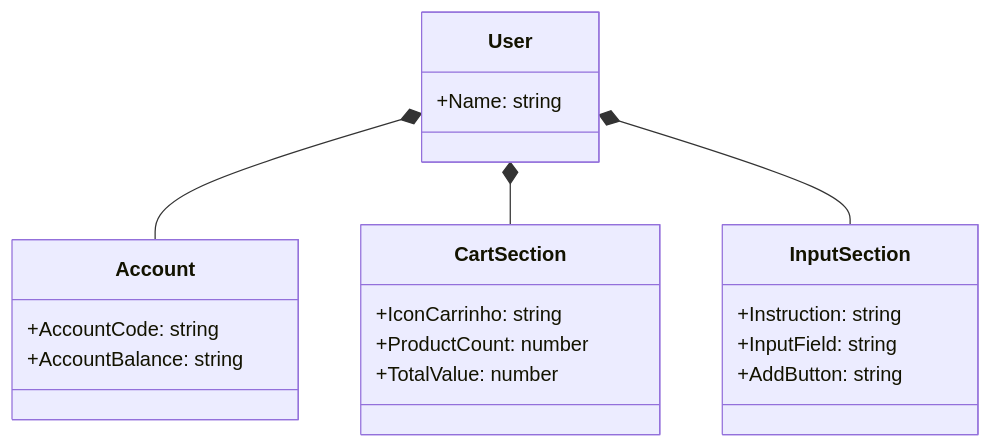
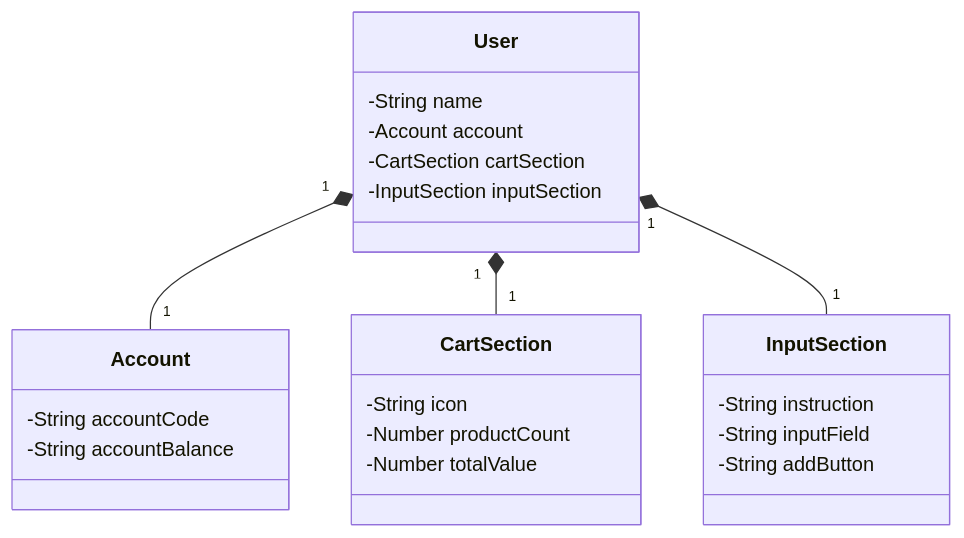
One commit to leoIribarne/API_java_17 changed the diagram in README.md. Above: the diagram before and after it, drawn with Mermaid.

````diff
--- a/README.md
+++ b/README.md
@@ -3,28 +3,32 @@
 ```mermaid
 classDiagram
     class User {
-        +Name: string
-    }
-    class Account {
-        +AccountCode: string
-        +AccountBalance: string
-    }
-    class CartSection {
-        +IconCarrinho: string
-        +ProductCount: number
-        +TotalValue: number
-    }
-    class InputSection {
-        +Instruction: string
-        +InputField: string
-        +AddButton: string
+        -String name
+        -Account account
+        -CartSection cartSection
+        -InputSection inputSection
     }
 
-   
+    class Account {
+        -String accountCode
+        -String accountBalance
+    }
 
-    User *-- Account
-    User *-- CartSection
-    User *-- InputSection
+    class CartSection {
+        -String icon
+        -Number productCount
+        -Number totalValue
+    }
+
+    class InputSection {
+        -String instruction
+        -String inputField
+        -String addButton
+    }
+
+    User "1" *-- "1" Account
+    User "1" *-- "1" CartSection
+    User "1" *-- "1" InputSection
  
 
 ```
````
